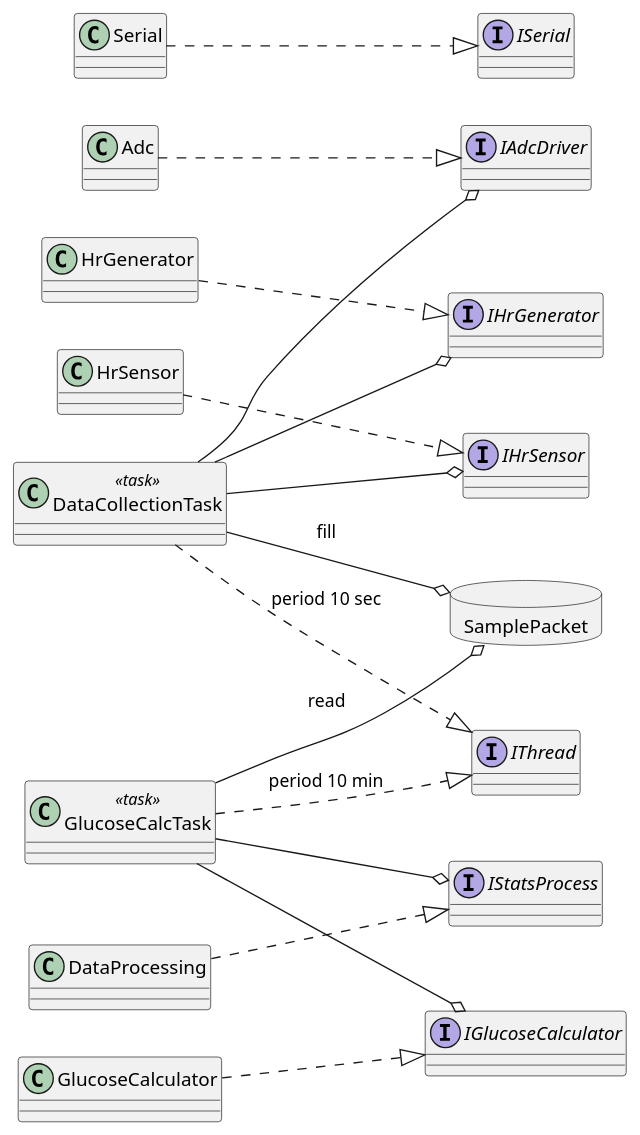
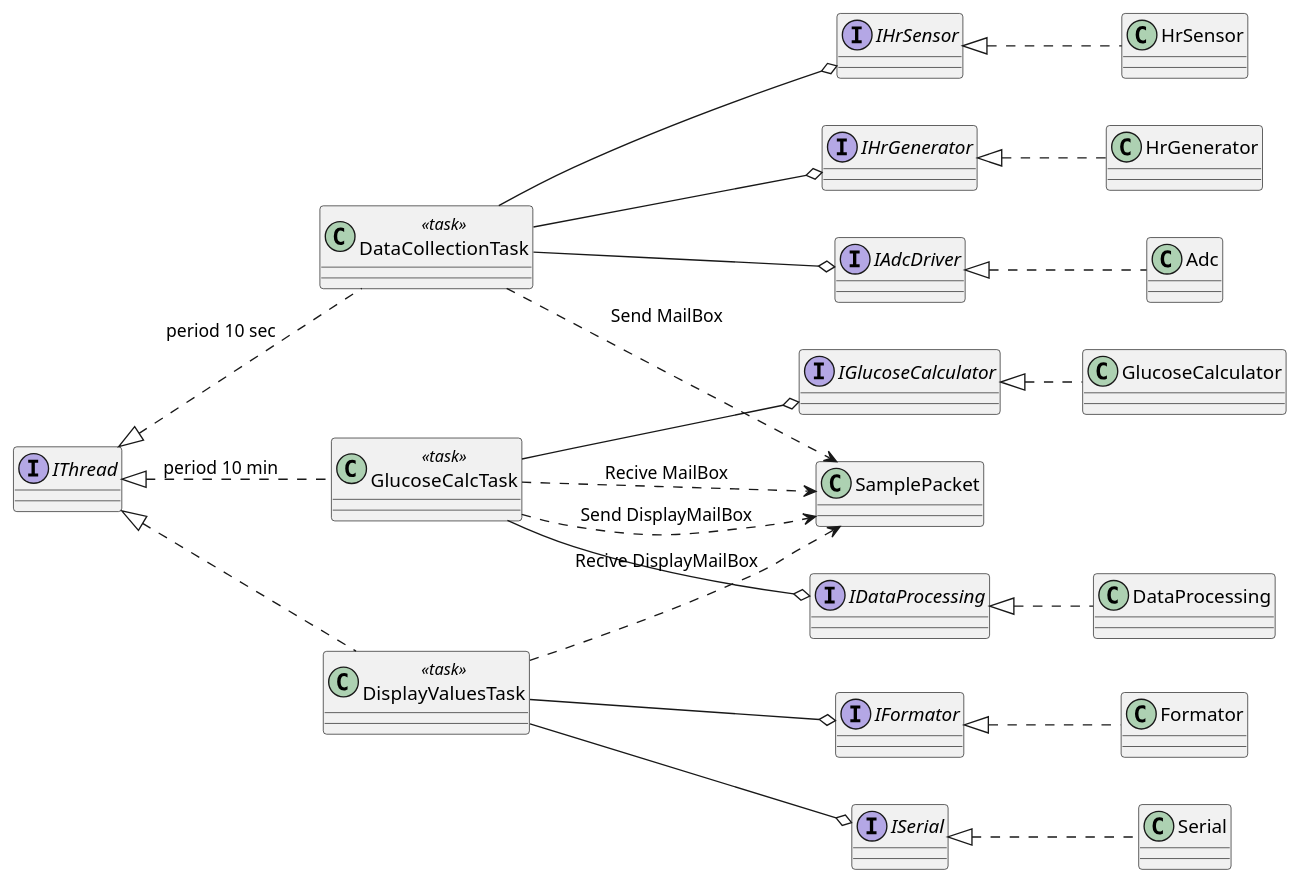
Before and after one commit to 1xXENDXx1/Kurs: the diagram in kurs.adoc, drawn with PlantUML. The commit also changed other lines of this file and 23 other files, not shown here.

```diff
--- a/kurs.adoc
+++ b/kurs.adoc
@@ -476,62 +476,76 @@
 [plantuml, png]
 ----
 @startuml
 
 allowmixing 
 ' ── визуальное оформление ─────────────────────────
 skinparam interfaceBackgroundColor HoneyDew
 skinparam interfaceBorderColor     DarkSeaGreen
 left to right direction
 
 ' ── interfaces ────────────────────────────────────
 interface IThread
 interface IAdcDriver
 interface IHrGenerator
 interface IHrSensor
 interface IGlucoseCalculator
-interface IStatsProcess
+interface IDataProcessing
 interface ISerial
+interface IFormator
 
 ' ── utilities ─────────────────────────────────────
 class Serial        
 
 ' ── hardware drivers ─────────────────────────────
 class Adc
 class HrGenerator
 class HrSensor
+class Formator
 
 ' ── computing modules ────────────────────────────
 class GlucoseCalculator
 class DataProcessing
 
 ' ── data structures ──────────────────────────────
-database SamplePacket
+class SamplePacket
 
 ' ── RTOS tasks ────────────────────────────────────
 class DataCollectionTask <<task>>
 class GlucoseCalcTask    <<task>>
+class DisplayValuesTask   <<task>>
 
 ' ── interface implementation ─────────────────────
-Adc               ..|> IAdcDriver
-HrGenerator       ..|> IHrGenerator
-HrSensor          ..|> IHrSensor
-GlucoseCalculator ..|> IGlucoseCalculator
-DataProcessing    ..|> IStatsProcess
-Serial            ..|> ISerial
+DataCollectionTask .up.|> IThread : period 10 sec
+GlucoseCalcTask    .up.|> IThread : period 10 min
+DisplayValuesTask   .up.|> IThread
 
-DataCollectionTask ..|> IThread : period 10 sec
-GlucoseCalcTask    ..|> IThread : period 10 min
+Adc               .up.|> IAdcDriver
+HrGenerator       .up.|> IHrGenerator
+HrSensor          .up.|> IHrSensor
+GlucoseCalculator .up.|> IGlucoseCalculator
+DataProcessing    .up.|> IDataProcessing
+Serial            .up.|> ISerial
+Formator          .up.|> IFormator
+
 
 ' ── dependencies (through interfaces) ────────────
 DataCollectionTask --o IAdcDriver
 DataCollectionTask --o IHrGenerator
 DataCollectionTask --o IHrSensor
 
 GlucoseCalcTask    --o IGlucoseCalculator
-GlucoseCalcTask    --o IStatsProcess
+GlucoseCalcTask    --o IDataProcessing
 
-DataCollectionTask --o SamplePacket : fill
-GlucoseCalcTask   --o SamplePacket : read
+DisplayValuesTask   --o ISerial
+
+DisplayValuesTask  ..> SamplePacket : Recive DisplayMailBox
+DisplayValuesTask  --o IFormator
+
+DataCollectionTask ..> SamplePacket : Send MailBox
+GlucoseCalcTask    ..> SamplePacket : Reсive MailBox
+GlucoseCalcTask    ..> SamplePacket : Send DisplayMailBox
+
+
 
 @enduml
 ----
```
